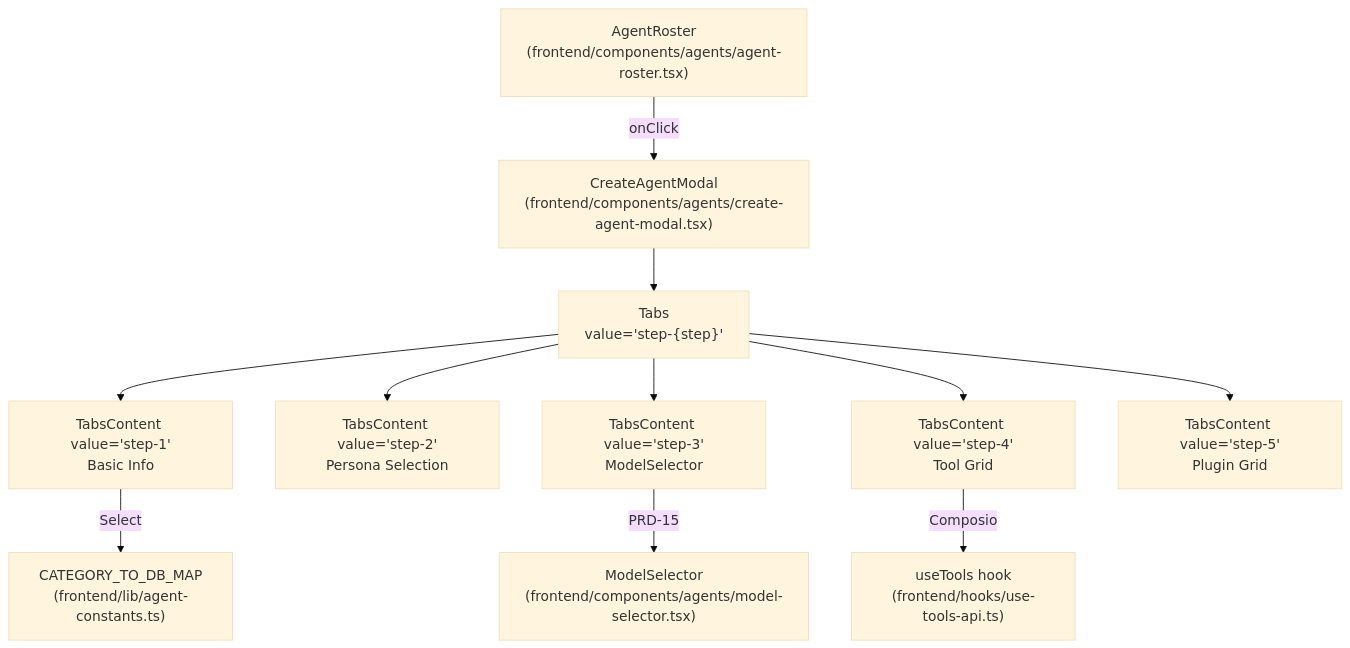
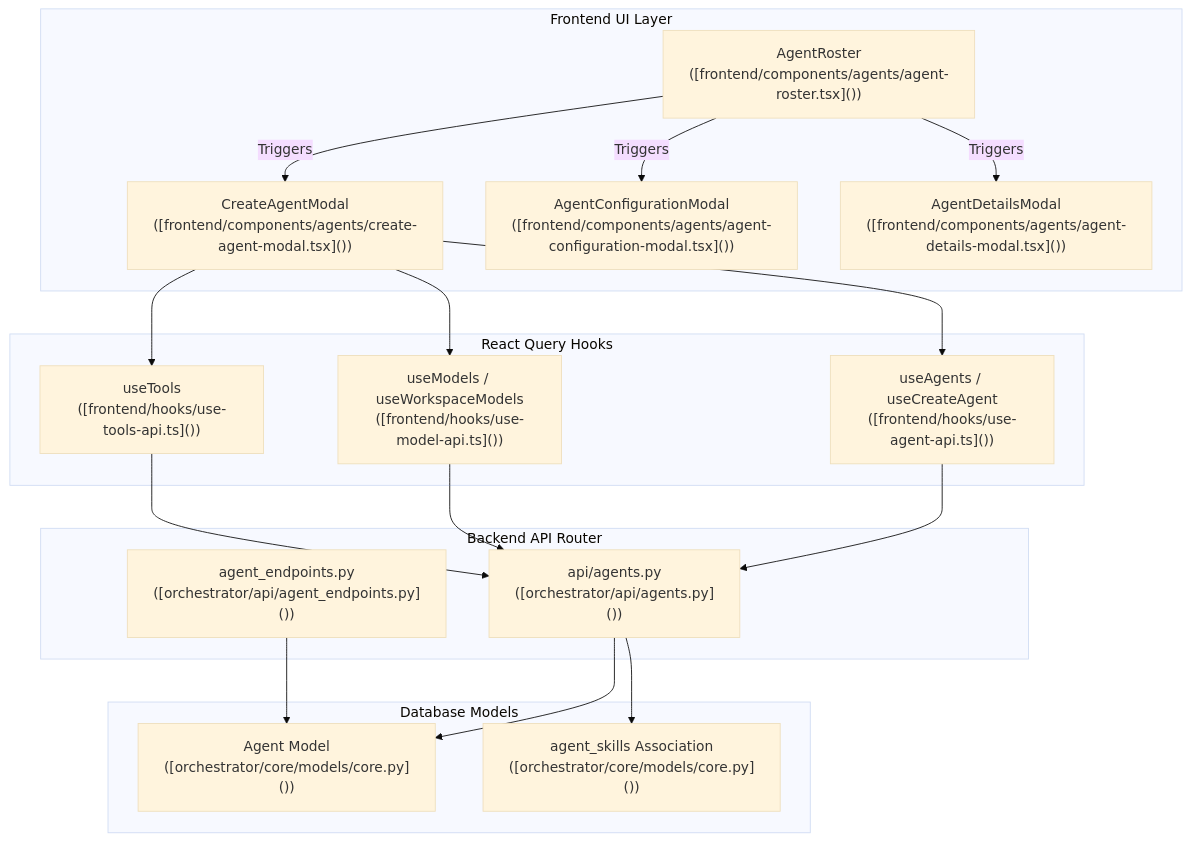
Before and after one commit to AutomatosAI/automatos-ai: the second of 2 diagrams in docs/agents/creating-agents.md, drawn with Mermaid (base theme). The commit also changed other lines of this file and 191 other files, not shown here.

````diff
--- a/docs/agents/creating-agents.md
+++ b/docs/agents/creating-agents.md
@@ -96,23 +85,41 @@
 ```mermaid
 graph TB
-    AgentRoster["AgentRoster<br/>(frontend/components/agents/agent-roster.tsx)"]
-    CreateAgentModal["CreateAgentModal<br/>(frontend/components/agents/create-agent-modal.tsx)"]
-    TabsComponent["Tabs<br/>value='step-{step}'"]
-    TabContent1["TabsContent value='step-1'<br/>Basic Info"]
-    TabContent2["TabsContent value='step-2'<br/>Persona Selection"]
-    TabContent3["TabsContent value='step-3'<br/>ModelSelector"]
-    TabContent4["TabsContent value='step-4'<br/>Tool Grid"]
-    TabContent5["TabsContent value='step-5'<br/>Plugin Grid"]
+    subgraph "Frontend UI Layer"
+        Roster["AgentRoster<br/>([frontend/components/agents/agent-roster.tsx]())"]
+        CreateModal["CreateAgentModal<br/>([frontend/components/agents/create-agent-modal.tsx]())"]
+        ConfigModal["AgentConfigurationModal<br/>([frontend/components/agents/agent-configuration-modal.tsx]())"]
+        DetailsModal["AgentDetailsModal<br/>([frontend/components/agents/agent-details-modal.tsx]())"]
+    end
+
+    subgraph "React Query Hooks"
+        UseAgents["useAgents / useCreateAgent<br/>([frontend/hooks/use-agent-api.ts]())"]
+        UseModels["useModels / useWorkspaceModels<br/>([frontend/hooks/use-model-api.ts]())"]
+        UseTools["useTools<br/>([frontend/hooks/use-tools-api.ts]())"]
+    end
+
+    subgraph "Backend API Router"
+        AgentsAPI["api/agents.py<br/>([orchestrator/api/agents.py]())"]
+        AgentEndpointsAPI["agent_endpoints.py<br/>([orchestrator/api/agent_endpoints.py]())"]
+    end
+
+    subgraph "Database Models"
+        AgentModel["Agent Model<br/>([orchestrator/core/models/core.py]())"]
+        SkillModel["agent_skills Association<br/>([orchestrator/core/models/core.py]())"]
+    end
+
+    Roster -->|Triggers| CreateModal
+    Roster -->|Triggers| ConfigModal
+    Roster -->|Triggers| DetailsModal
     
-    AgentRoster -->|"onClick"| CreateAgentModal
-    CreateAgentModal --> TabsComponent
-    TabsComponent --> TabContent1
-    TabsComponent --> TabContent2
-    TabsComponent --> TabContent3
-    TabsComponent --> TabContent4
-    TabsComponent --> TabContent5
-    
-    TabContent1 -->|"Select"| CategoryConstants["CATEGORY_TO_DB_MAP<br/>(frontend/lib/agent-constants.ts)"]
-    TabContent3 -->|"PRD-15"| ModelSelectorComp["ModelSelector<br/>(frontend/components/agents/model-selector.tsx)"]
-    TabContent4 -->|"Composio"| ToolHook["useTools hook<br/>(frontend/hooks/use-tools-api.ts)"]
+    CreateModal --> UseAgents
+    CreateModal --> UseModels
+    CreateModal --> UseTools
+
+    UseAgents --> AgentsAPI
+    UseModels --> AgentsAPI
+    UseTools --> AgentsAPI
+
+    AgentsAPI --> AgentModel
+    AgentsAPI --> SkillModel
+    AgentEndpointsAPI --> AgentModel
 ```
````
